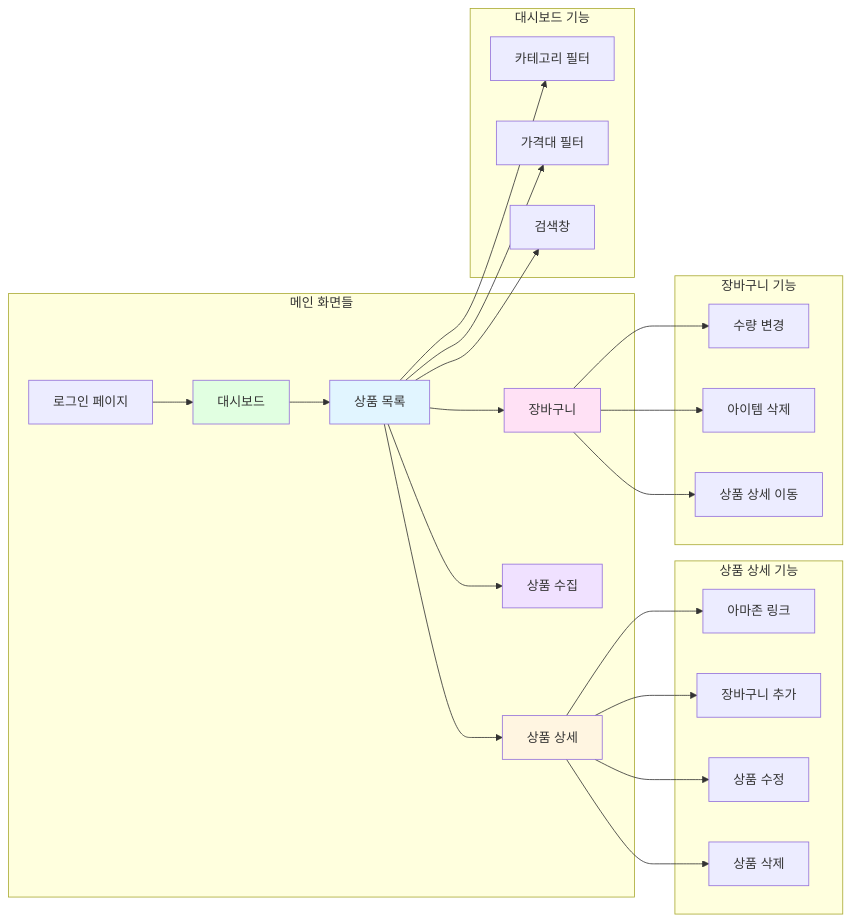
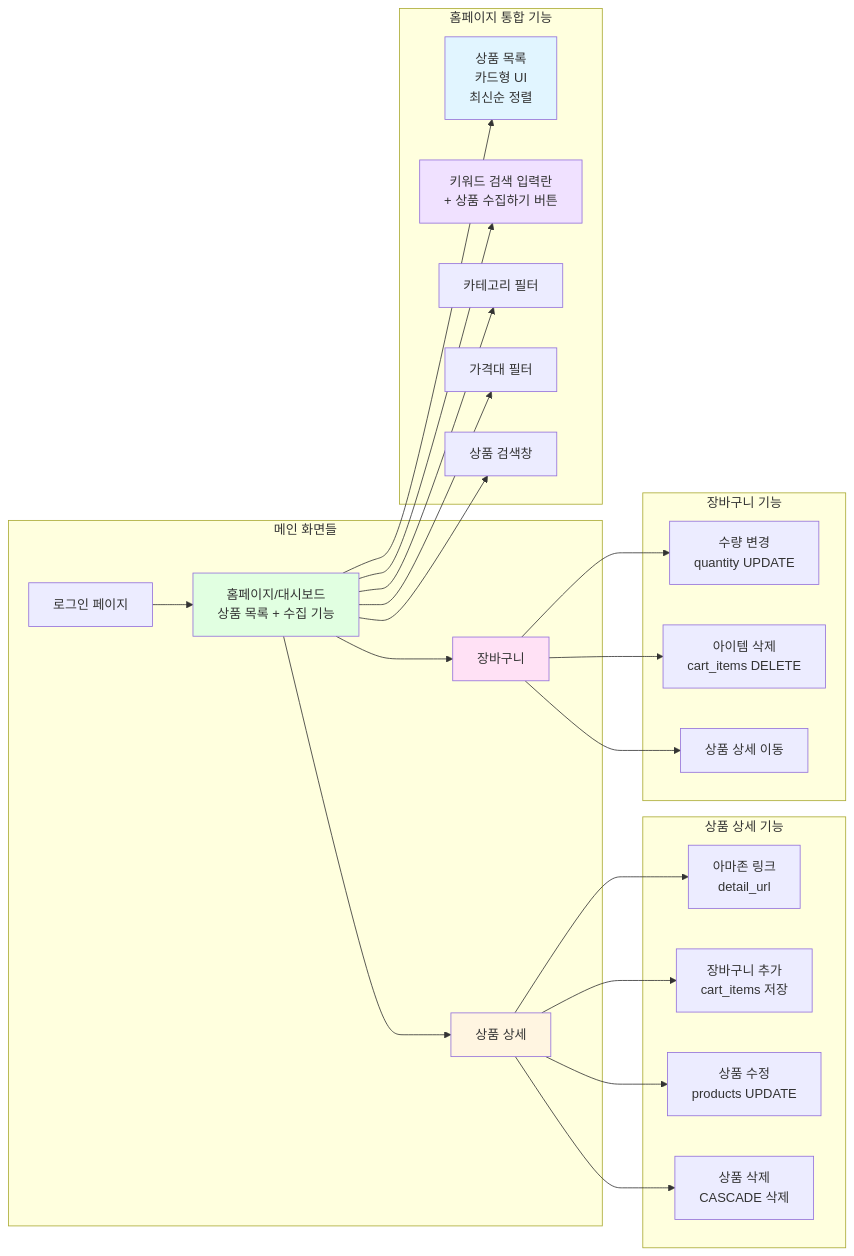
Before and after one commit to jyej0a/amann: the fifth of 5 diagrams in docs/reference/user-flow.md, drawn with Mermaid. The commit also changed other lines of this file and 13 other files, not shown here.

````diff
--- a/docs/reference/user-flow.md
+++ b/docs/reference/user-flow.md
@@ -189,35 +190,35 @@
 ```mermaid
 flowchart LR
     subgraph "메인 화면들"
-        A[로그인 페이지] --> B[대시보드]
-        B --> C[상품 목록]
-        C --> D[상품 상세]
-        C --> E[상품 수집]
-        C --> F[장바구니]
+        A[로그인 페이지] --> B[홈페이지/대시보드<br/>상품 목록 + 수집 기능]
+        B --> D[상품 상세]
+        B --> F[장바구니]
     end
     
-    subgraph "대시보드 기능"
-        C --> G[카테고리 필터]
-        C --> H[가격대 필터]
-        C --> I[검색창]
+    subgraph "홈페이지 통합 기능"
+        B --> C[상품 목록<br/>카드형 UI<br/>최신순 정렬]
+        B --> E[키워드 검색 입력란<br/>+ 상품 수집하기 버튼]
+        B --> G[카테고리 필터]
+        B --> H[가격대 필터]
+        B --> I[상품 검색창]
     end
     
     subgraph "상품 상세 기능"
-        D --> J[아마존 링크]
-        D --> K[장바구니 추가]
-        D --> L[상품 수정]
-        D --> M[상품 삭제]
+        D --> J[아마존 링크<br/>detail_url]
+        D --> K[장바구니 추가<br/>cart_items 저장]
+        D --> L[상품 수정<br/>products UPDATE]
+        D --> M[상품 삭제<br/>CASCADE 삭제]
     end
     
     subgraph "장바구니 기능"
-        F --> N[수량 변경]
-        F --> O[아이템 삭제]
+        F --> N[수량 변경<br/>quantity UPDATE]
+        F --> O[아이템 삭제<br/>cart_items DELETE]
         F --> P[상품 상세 이동]
     end
     
     style B fill:#e1ffe1
     style C fill:#e1f5ff
     style D fill:#fff5e1
     style F fill:#ffe1f5
     style E fill:#f0e1ff
 ```
````
